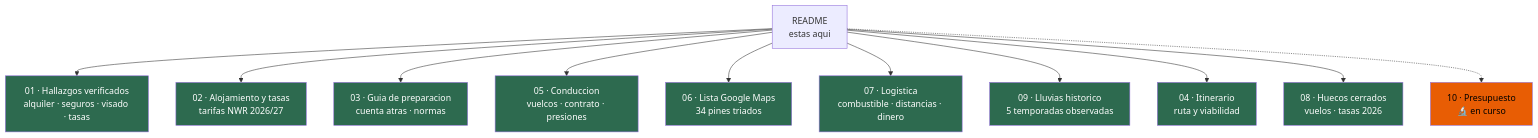
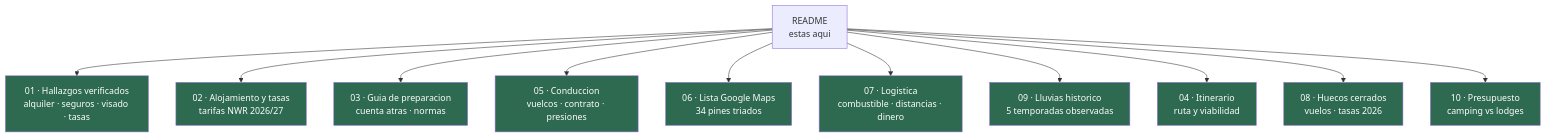
One commit to morandeirachema/namibia changed the ninth of 11 diagrams in README.md. Above: the diagram before and after it, drawn with Mermaid. The commit also changed other lines of this file and 1 other file, not shown here.

Commit message:
Anadir el presupuesto completo: camping vs lodges, en N$ y euros

````diff
--- a/README.md
+++ b/README.md
@@ -259,24 +259,24 @@
 ```mermaid
 flowchart TD
     R["README<br/>estas aqui"]
     R --> D1["01 · Hallazgos verificados<br/>alquiler · seguros · visado · tasas"]
     R --> D2["02 · Alojamiento y tasas<br/>tarifas NWR 2026/27"]
     R --> D3["03 · Guia de preparacion<br/>cuenta atras · normas"]
     R --> D5["05 · Conduccion<br/>vuelcos · contrato · presiones"]
     R --> D6["06 · Lista Google Maps<br/>34 pines triados"]
     R --> D7["07 · Logistica<br/>combustible · distancias · dinero"]
     R --> D9["09 · Lluvias historico<br/>5 temporadas observadas"]
     R --> D4["04 · Itinerario<br/>ruta y viabilidad"]
     R --> D8["08 · Huecos cerrados<br/>vuelos · tasas 2026"]
-    R -.-> D10["10 · Presupuesto<br/>🔬 en curso"]
+    R --> D10["10 · Presupuesto<br/>camping vs lodges"]
     style D1 fill:#2d6a4f,color:#fff
     style D2 fill:#2d6a4f,color:#fff
     style D3 fill:#2d6a4f,color:#fff
     style D4 fill:#2d6a4f,color:#fff
     style D5 fill:#2d6a4f,color:#fff
     style D6 fill:#2d6a4f,color:#fff
     style D7 fill:#2d6a4f,color:#fff
     style D9 fill:#2d6a4f,color:#fff
     style D8 fill:#2d6a4f,color:#fff
-    style D10 fill:#e85d04,color:#000
+    style D10 fill:#2d6a4f,color:#fff
 ```
````
